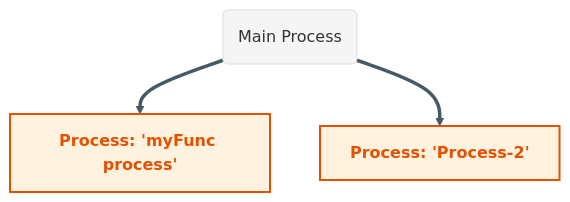
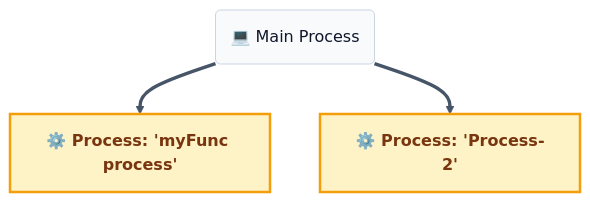
One commit to RameenAnwar/PDC-SP26-SE changed the third of 10 diagrams in SyedMuhammadHuzaifaAshrafi-(23FA-035-SE)/Chapter03/README.md. Above: the diagram before and after it, drawn with Mermaid. The commit also changed other lines of this file and 5 other files, not shown here.

````diff
--- a/SyedMuhammadHuzaifaAshrafi-(23FA-035-SE)/Chapter03/README.md
+++ b/SyedMuhammadHuzaifaAshrafi-(23FA-035-SE)/Chapter03/README.md
@@ -158,12 +90,12 @@
 ```mermaid
-%%{init: {'theme': 'base', 'themeVariables': { 'lineColor': '#455A64', 'primaryColor': '#F5F5F5' }}}%%
+%%{init: {'theme': 'base', 'themeVariables': { 'lineColor': '#475569', 'primaryColor': '#f8fafc', 'primaryTextColor': '#0f172a', 'primaryBorderColor': '#cbd5e1' }}}%%
 flowchart TD
-    %% Pro Max Naming Visual
-    classDef processT fill:#FFF3E0,stroke:#E65100,stroke-width:2px,color:#E65100,font-weight:bold
+    %% Premium Naming Visual
+    classDef processT fill:#fef3c7,stroke:#f59e0b,stroke-width:2.5px,color:#78350f,font-weight:bold
 
-    Parent(Main Process)
-    Parent ==> Named["Process: 'myFunc process'"]
-    Parent ==> Default["Process: 'Process-2'"]
+    Parent("💻 Main Process")
+    Parent ==> Named["⚙️ Process: 'myFunc process'"]
+    Parent ==> Default["⚙️ Process: 'Process-2'"]
 
     class Named,Default processT
 ```
````
